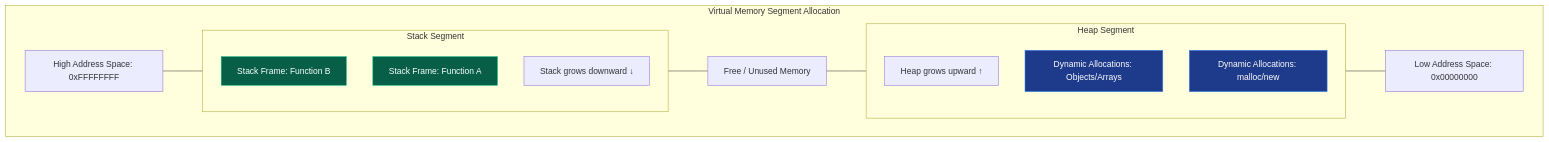
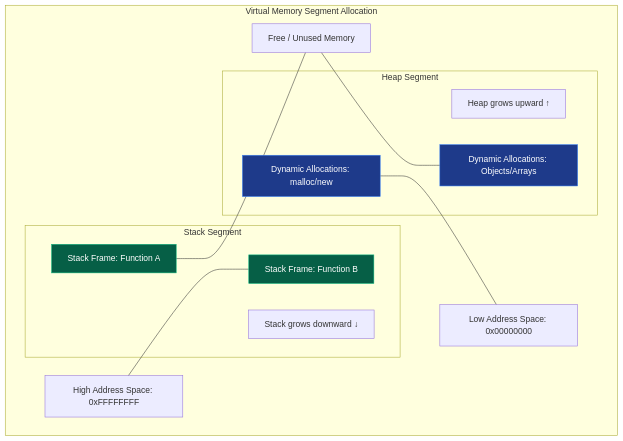
Before and after one commit to awoladhossain/awolad-docs: the third of 7 diagrams in content/memory-management.md, drawn with Mermaid.

Commit message:
fix: replace unstable subgraph links with robust node-to-node links in Virtual Memory diagram

````diff
--- a/content/memory-management.md
+++ b/content/memory-management.md
@@ -117,32 +117,32 @@
 ```mermaid
 graph TD
     subgraph MemoryLayout [Virtual Memory Segment Allocation]
         HighAddress[High Address Space: 0xFFFFFFFF]
         
         subgraph StackArea [Stack Segment]
             StackFrame2[Stack Frame: Function B]
             StackFrame1[Stack Frame: Function A]
             ArrowDown[Stack grows downward ↓]
         end
         
         Unused[Free / Unused Memory]
         
         subgraph HeapArea [Heap Segment]
             ArrowUp[Heap grows upward ↑]
             HeapAlloc2[Dynamic Allocations: Objects/Arrays]
             HeapAlloc1[Dynamic Allocations: malloc/new]
         end
         
         LowAddress[Low Address Space: 0x00000000]
     end
 
-    HighAddress --- StackArea
-    StackArea --- Unused
-    Unused --- HeapArea
-    HeapArea --- LowAddress
+    HighAddress --- StackFrame2
+    StackFrame1 --- Unused
+    Unused --- HeapAlloc2
+    HeapAlloc1 --- LowAddress
 
     style StackFrame2 fill:#065f46,stroke:#10b981,color:#fff
     style StackFrame1 fill:#065f46,stroke:#10b981,color:#fff
     style HeapAlloc2 fill:#1e3a8a,stroke:#3b82f6,color:#fff
     style HeapAlloc1 fill:#1e3a8a,stroke:#3b82f6,color:#fff
 ```
````
